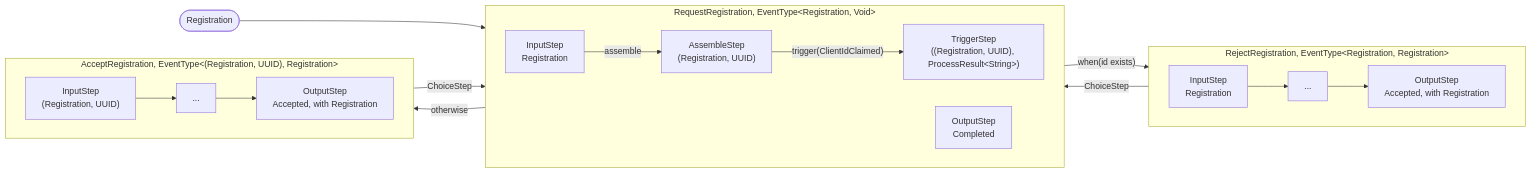
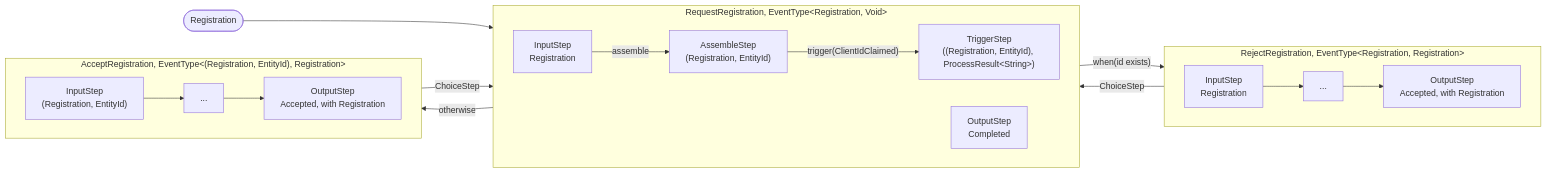
Before and after one commit to the-backend-project/tits: the third of 3 diagrams in docs/transition-models.md, drawn with Mermaid. The commit also changed other lines of this file and 20 other files, not shown here.

````diff
--- a/docs/transition-models.md
+++ b/docs/transition-models.md
@@ -166,22 +166,22 @@
 ```mermaid
 flowchart LR
     in(["Registration"]) --> i1
     subgraph request ["RequestRegistration, EventType#lt;Registration, Void#gt;"]
         direction LR
-        i1["InputStep<br>Registration"] -- "assemble" --> a1["AssembleStep<br>(Registration, UUID)"]
-        a1 -- "trigger(ClientIdClaimed)" --> t1["TriggerStep<br>((Registration, UUID), ProcessResult#lt;String#gt;)"]
+        i1["InputStep<br>Registration"] -- "assemble" --> a1["AssembleStep<br>(Registration, EntityId)"]
+        a1 -- "trigger(ClientIdClaimed)" --> t1["TriggerStep<br>((Registration, EntityId), ProcessResult#lt;String#gt;)"]
         o1["OutputStep<br>Completed"]
     end
     subgraph reject ["RejectRegistration, EventType#lt;Registration, Registration#gt;"]
         direction LR
         r1["InputStep<br>Registration"] --> r2["..."] --> r3["OutputStep<br>Accepted, with Registration"]
     end
-    subgraph accept ["AcceptRegistration, EventType#lt;(Registration, UUID), Registration#gt;"]
+    subgraph accept ["AcceptRegistration, EventType#lt;(Registration, EntityId), Registration#gt;"]
         direction LR
-        c1["InputStep<br>(Registration, UUID)"] --> c2["..."] --> c3["OutputStep<br>Accepted, with Registration"]
+        c1["InputStep<br>(Registration, EntityId)"] --> c2["..."] --> c3["OutputStep<br>Accepted, with Registration"]
     end
     t1 -- "when(id exists)" --> r1
     t1 -- "otherwise" --> c1
     r3 -- "ChoiceStep" --> o1
     c3 -- "ChoiceStep" --> o1
 ```
````
